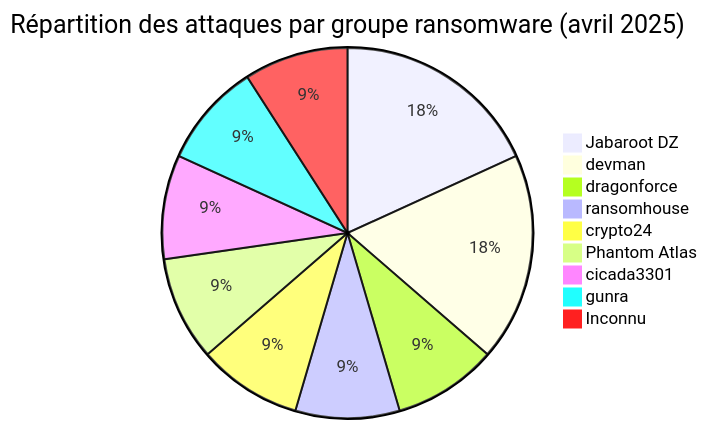
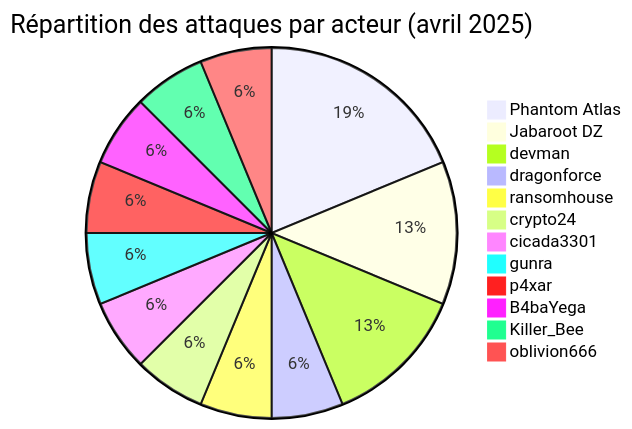
One commit to Hatchepsoute/AFRINTEL changed the first of 5 diagrams in CyberAttackAfrica/2025/04-april/README_FR.md. Above: the diagram before and after it, drawn with Mermaid. The commit also changed other lines of this file and 255 other files, not shown here.

````diff
--- a/CyberAttackAfrica/2025/04-april/README_FR.md
+++ b/CyberAttackAfrica/2025/04-april/README_FR.md
@@ -35,12 +38,15 @@
 ```mermaid
-pie title Répartition des attaques par groupe ransomware (avril 2025)
+pie title Répartition des attaques par acteur (avril 2025)
+    "Phantom Atlas" : 3
     "Jabaroot DZ" : 2
     "devman" : 2
     "dragonforce" : 1
     "ransomhouse" : 1
     "crypto24" : 1
-    "Phantom Atlas" : 1
     "cicada3301" : 1
     "gunra" : 1
-    "Inconnu" : 1
+    "p4xar" : 1
+    "B4baYega" : 1
+    "Killer_Bee" : 1
+    "oblivion666" : 1
 ```
````
